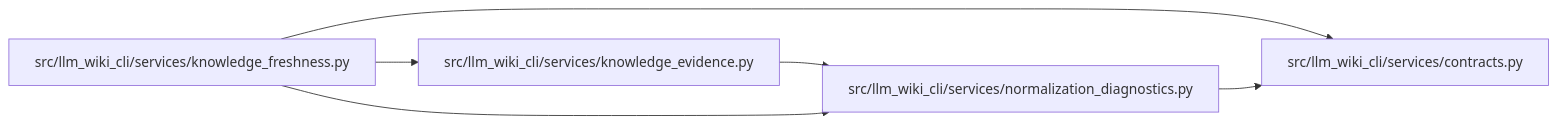
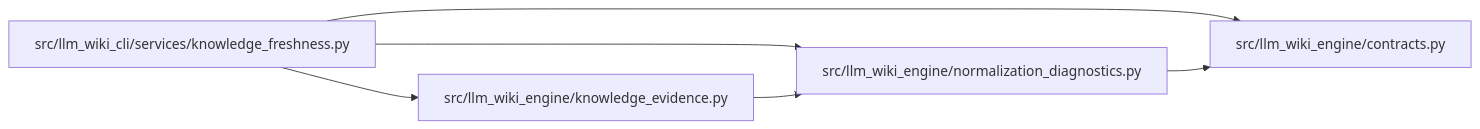
The diagram in docs/llm_wiki/modules/normalization_diagnostics.md (Denissvgn/python-wiki-llm), drawn with Mermaid before and after one commit. The commit also changed other lines of this file and 1103 other files, not shown here.

First line of the commit message:
docs: refresh the wiki for the llm-wiki-engine distribution

````diff
--- a/docs/llm_wiki/modules/normalization_diagnostics.md
+++ b/docs/llm_wiki/modules/normalization_diagnostics.md
@@ -34,16 +34,16 @@
 ```mermaid
 flowchart LR
-    n0["src/llm_wiki_cli/services/contracts.py"]
-    n1["src/llm_wiki_cli/services/knowledge_evidence.py"]
-    n2["src/llm_wiki_cli/services/knowledge_freshness.py"]
-    n3["src/llm_wiki_cli/services/normalization_diagnostics.py"]
-    n1 --> n3
-    n2 --> n0
-    n2 --> n1
+    n0["src/llm_wiki_cli/services/knowledge_freshness.py"]
+    n1["src/llm_wiki_engine/contracts.py"]
+    n2["src/llm_wiki_engine/knowledge_evidence.py"]
+    n3["src/llm_wiki_engine/normalization_diagnostics.py"]
+    n0 --> n1
+    n0 --> n2
+    n0 --> n3
     n2 --> n3
-    n3 --> n0
-    click n0 "../modules/services_contracts.md"
-    click n1 "../modules/knowledge_evidence.md"
-    click n2 "../modules/knowledge_freshness.md"
+    n3 --> n1
+    click n0 "../modules/knowledge_freshness.md"
+    click n1 "../modules/llm_wiki_engine_contracts.md"
+    click n2 "../modules/knowledge_evidence.md"
     click n3 "../modules/normalization_diagnostics.md"
 ```
````
